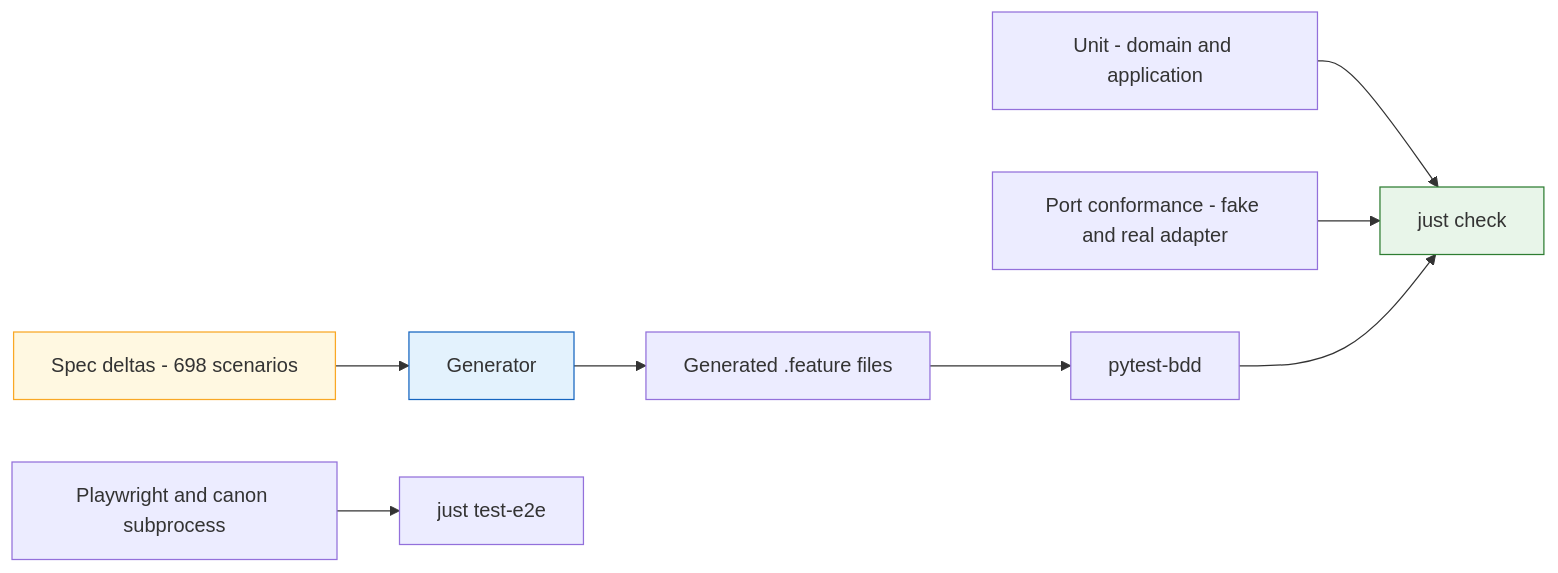
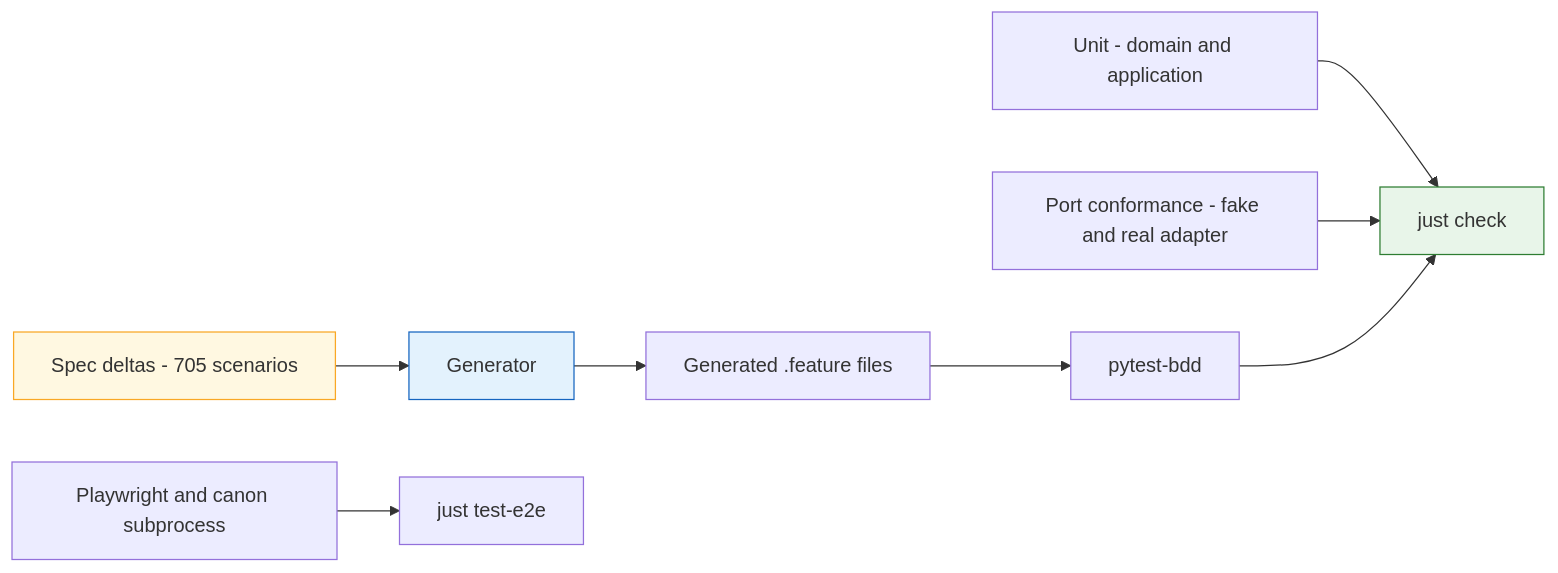
Before and after one commit to CyberdyneCorp/CyberCannon: the ninth of 9 diagrams in README.md, drawn with Mermaid. The commit also changed 27 other files, not shown here.

````diff
--- a/README.md
+++ b/README.md
@@ -832,14 +832,14 @@
 ```mermaid
 graph LR
-    SPECS["Spec deltas - 698 scenarios"] --> GEN["Generator"]
+    SPECS["Spec deltas - 705 scenarios"] --> GEN["Generator"]
     GEN --> FEAT["Generated .feature files"]
     FEAT --> BDD["pytest-bdd"]
     UNIT["Unit - domain and application"] --> CHECK["just check"]
     CONF["Port conformance - fake and real adapter"] --> CHECK
     BDD --> CHECK
     E2E["Playwright and canon subprocess"] --> SEP["just test-e2e"]
 
     style SPECS fill:#FFF8E1,stroke:#F9A825
     style GEN fill:#E3F2FD,stroke:#1565C0
     style CHECK fill:#E8F5E9,stroke:#2E7D32
 ```
````
